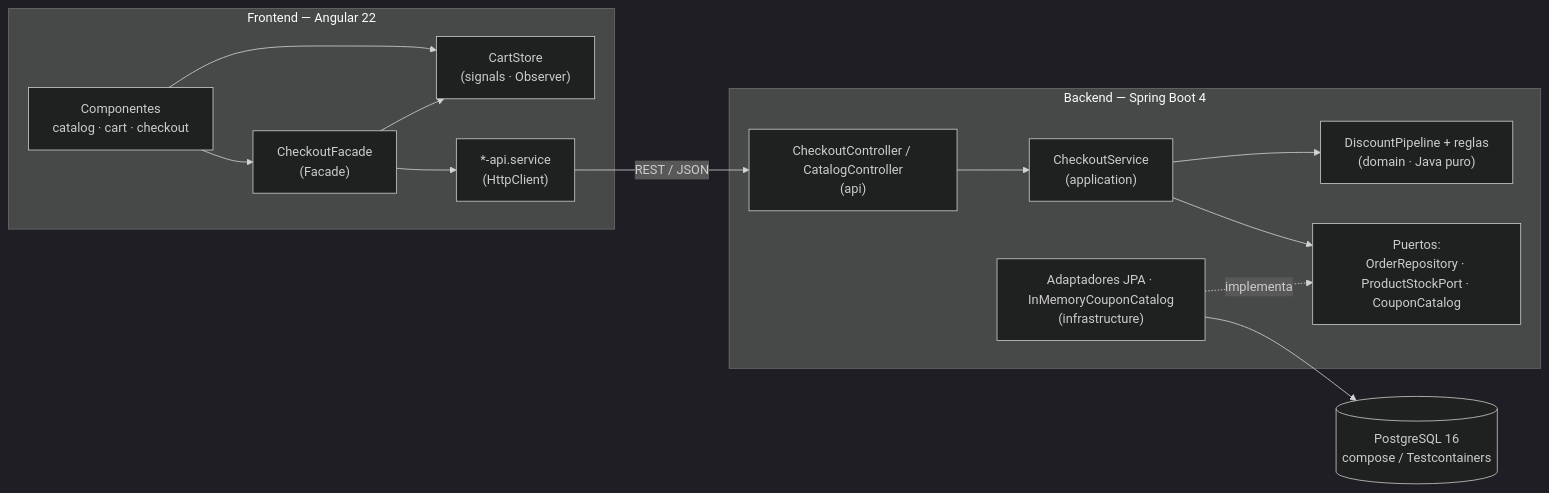
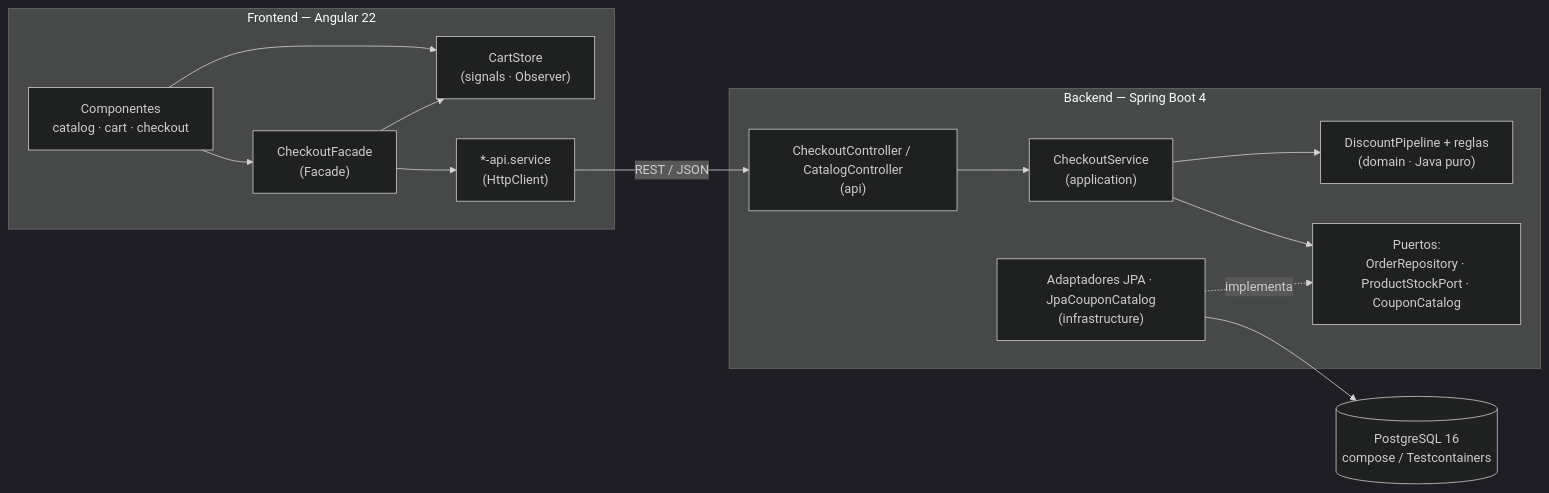
One commit to nrodriguezvar17/examen-ecommerce changed the first of 2 diagrams in docs/arquitectura.md. Above: the diagram before and after it, drawn with Mermaid (dark theme). The commit also changed other lines of this file and 1 other file, not shown here.

````diff
--- a/docs/arquitectura.md
+++ b/docs/arquitectura.md
@@ -386,28 +424,28 @@
 ```mermaid
 flowchart LR
     subgraph FE["Frontend — Angular 22"]
         CMP["Componentes<br/>catalog · cart · checkout"]
         STORE["CartStore<br/>(signals · Observer)"]
         FACADE["CheckoutFacade<br/>(Facade)"]
         APIFE["*-api.service<br/>(HttpClient)"]
         CMP --> STORE
         CMP --> FACADE
         FACADE --> STORE
         FACADE --> APIFE
     end
 
     subgraph BE["Backend — Spring Boot 4"]
         CTRL["CheckoutController / CatalogController<br/>(api)"]
         SVC["CheckoutService<br/>(application)"]
         PIPE["DiscountPipeline + reglas<br/>(domain · Java puro)"]
         PORTS["Puertos:<br/>OrderRepository · ProductStockPort · CouponCatalog"]
-        INFRA["Adaptadores JPA · InMemoryCouponCatalog<br/>(infrastructure)"]
+        INFRA["Adaptadores JPA · JpaCouponCatalog<br/>(infrastructure)"]
         CTRL --> SVC
         SVC --> PIPE
         SVC --> PORTS
         INFRA -. implementa .-> PORTS
     end
 
     APIFE -->|"REST / JSON"| CTRL
     INFRA --> PG[("PostgreSQL 16<br/>compose / Testcontainers")]
 ```
````
